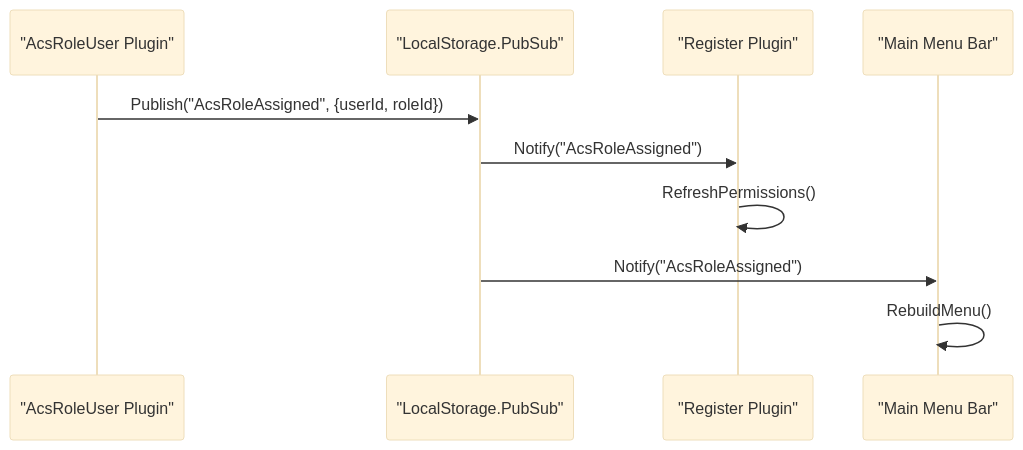
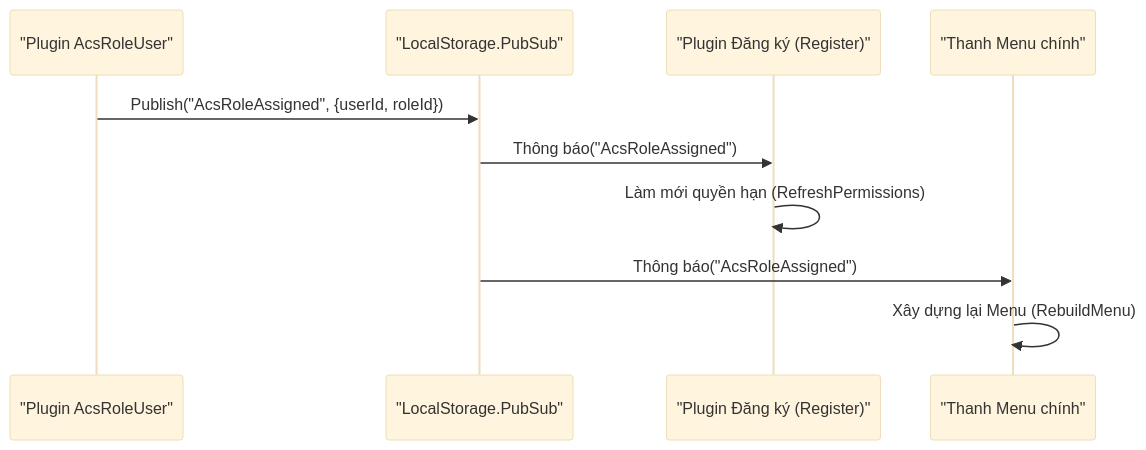
The eighth of 16 diagrams in docs/his-ba-documentation/03-business-domains/administration/access-control.md (thangpnb/HIS), drawn with Mermaid (base theme) before and after one commit. The commit also changed other lines of this file and 30 other files, not shown here.

Commit message:
Refactor architecture docs and update translations

````diff
--- a/docs/his-ba-documentation/03-business-domains/administration/access-control.md
+++ b/docs/his-ba-documentation/03-business-domains/administration/access-control.md
@@ -443,13 +443,13 @@
 ```mermaid
 sequenceDiagram
-    participant AcsRoleUser as "AcsRoleUser Plugin"
+    participant AcsRoleUser as "Plugin AcsRoleUser"
     participant PubSub as "LocalStorage.PubSub"
-    participant RegisterPlugin as "Register Plugin"
-    participant MenuBar as "Main Menu Bar"
+    participant RegisterPlugin as "Plugin Đăng ký (Register)"
+    participant MenuBar as "Thanh Menu chính"
     
     AcsRoleUser->>PubSub: Publish("AcsRoleAssigned", {userId, roleId})
-    PubSub->>RegisterPlugin: Notify("AcsRoleAssigned")
-    RegisterPlugin->>RegisterPlugin: RefreshPermissions()
-    PubSub->>MenuBar: Notify("AcsRoleAssigned")
-    MenuBar->>MenuBar: RebuildMenu()
+    PubSub->>RegisterPlugin: Thông báo("AcsRoleAssigned")
+    RegisterPlugin->>RegisterPlugin: Làm mới quyền hạn (RefreshPermissions)
+    PubSub->>MenuBar: Thông báo("AcsRoleAssigned")
+    MenuBar->>MenuBar: Xây dựng lại Menu (RebuildMenu)
 ```
````
